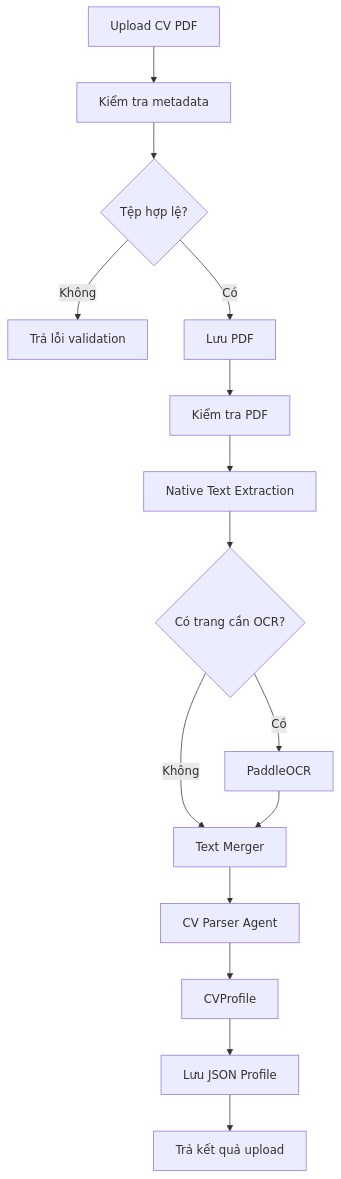
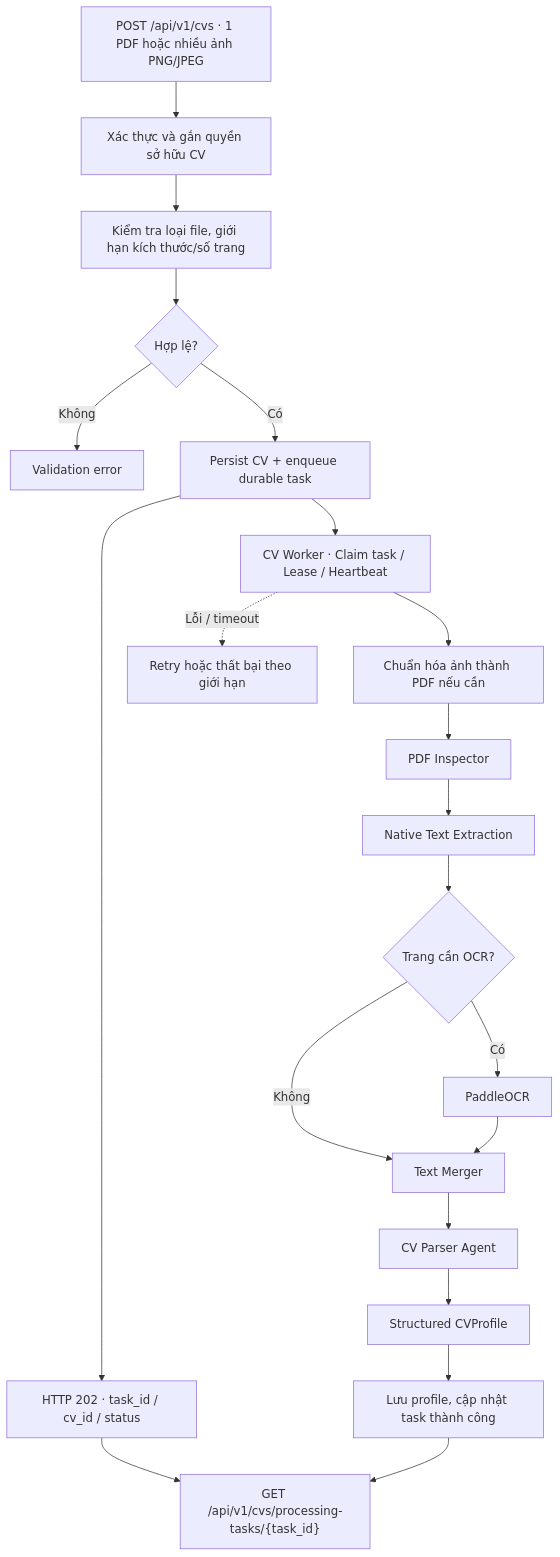
One commit to coderiukl/multi-agent-job-assistant changed the fourth of 7 diagrams in docs/architecture-as-is.md. Above: the diagram before and after it, drawn with Mermaid. The commit also changed other lines of this file, not shown here.

Commit message:
docs: sync as-is architecture with auth, CV worker and HITL workflow

````diff
--- a/docs/architecture-as-is.md
+++ b/docs/architecture-as-is.md
@@ -289,21 +269,23 @@
 ```mermaid
 flowchart TD
-    UPLOAD["Upload CV PDF"] --> META["Kiểm tra metadata"]
-    META --> FILE{"Tệp hợp lệ?"}
-
-    FILE -- "Không" --> ERROR["Trả lỗi validation"]
-    FILE -- "Có" --> STORE["Lưu PDF"]
-
-    STORE --> INSPECT["Kiểm tra PDF"]
+    UPLOAD["POST /api/v1/cvs · 1 PDF hoặc nhiều ảnh PNG/JPEG"] --> OWNER["Xác thực và gắn quyền sở hữu CV"]
+    OWNER --> VALIDATE["Kiểm tra loại file, giới hạn kích thước/số trang"]
+    VALIDATE --> OK{"Hợp lệ?"}
+    OK -- "Không" --> ERROR["Validation error"]
+    OK -- "Có" --> QUEUE["Persist CV + enqueue durable task"]
+    QUEUE --> ACCEPT["HTTP 202 · task_id / cv_id / status"]
+    QUEUE --> WORKER["CV Worker · Claim task / Lease / Heartbeat"]
+    WORKER --> NORMALIZE["Chuẩn hóa ảnh thành PDF nếu cần"]
+    NORMALIZE --> INSPECT["PDF Inspector"]
     INSPECT --> NATIVE["Native Text Extraction"]
-    NATIVE --> OCRCHECK{"Có trang cần OCR?"}
-
-    OCRCHECK -- "Có" --> OCR["PaddleOCR"]
-    OCRCHECK -- "Không" --> MERGE["Text Merger"]
+    NATIVE --> OCRQ{"Trang cần OCR?"}
+    OCRQ -- "Có" --> OCR["PaddleOCR"]
+    OCRQ -- "Không" --> MERGE["Text Merger"]
     OCR --> MERGE
-
     MERGE --> PARSER["CV Parser Agent"]
-    PARSER --> PROFILE["CVProfile"]
-    PROFILE --> SAVE["Lưu JSON Profile"]
-    SAVE --> RESULT["Trả kết quả upload"]
+    PARSER --> PROFILE["Structured CVProfile"]
+    PROFILE --> SAVE["Lưu profile, cập nhật task thành công"]
+    WORKER -. "Lỗi / timeout" .-> RETRY["Retry hoặc thất bại theo giới hạn"]
+    ACCEPT --> POLL["GET /api/v1/cvs/processing-tasks/{task_id}"]
+    SAVE --> POLL
 ```
````
